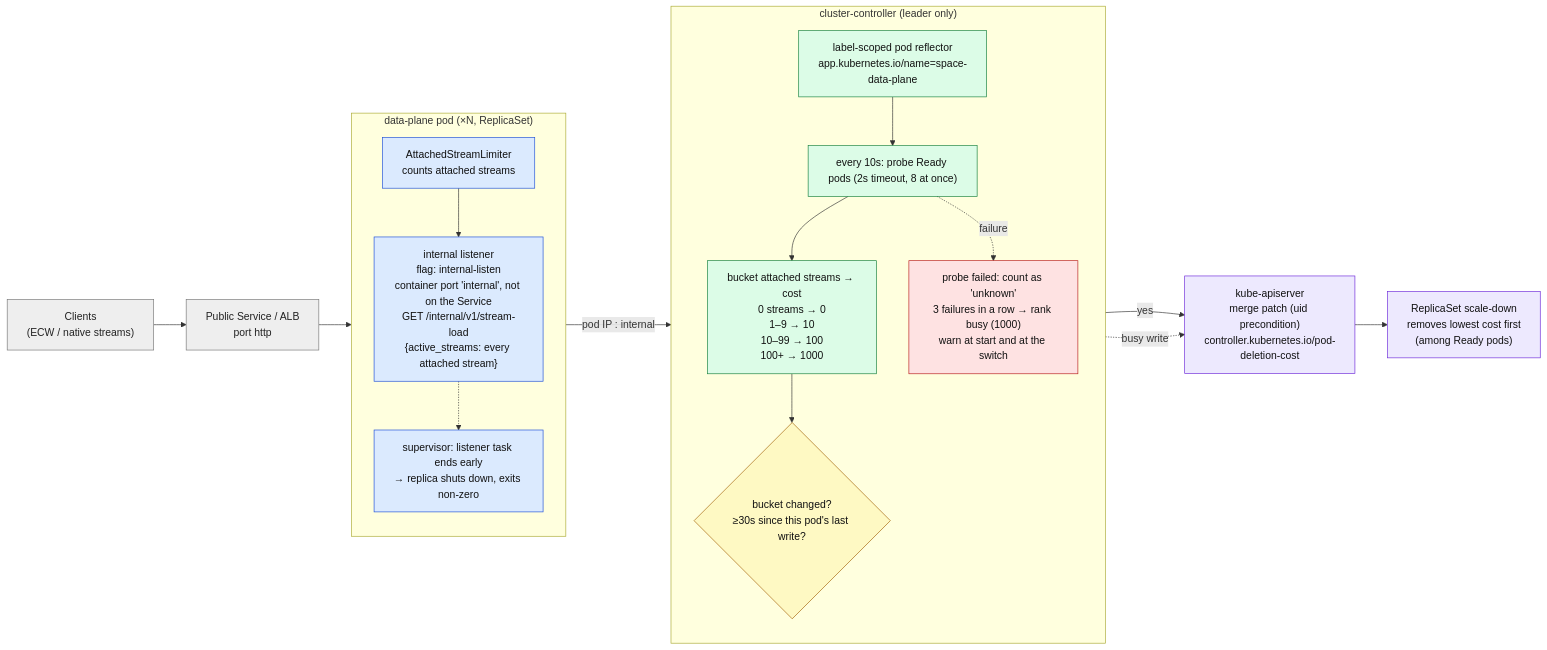
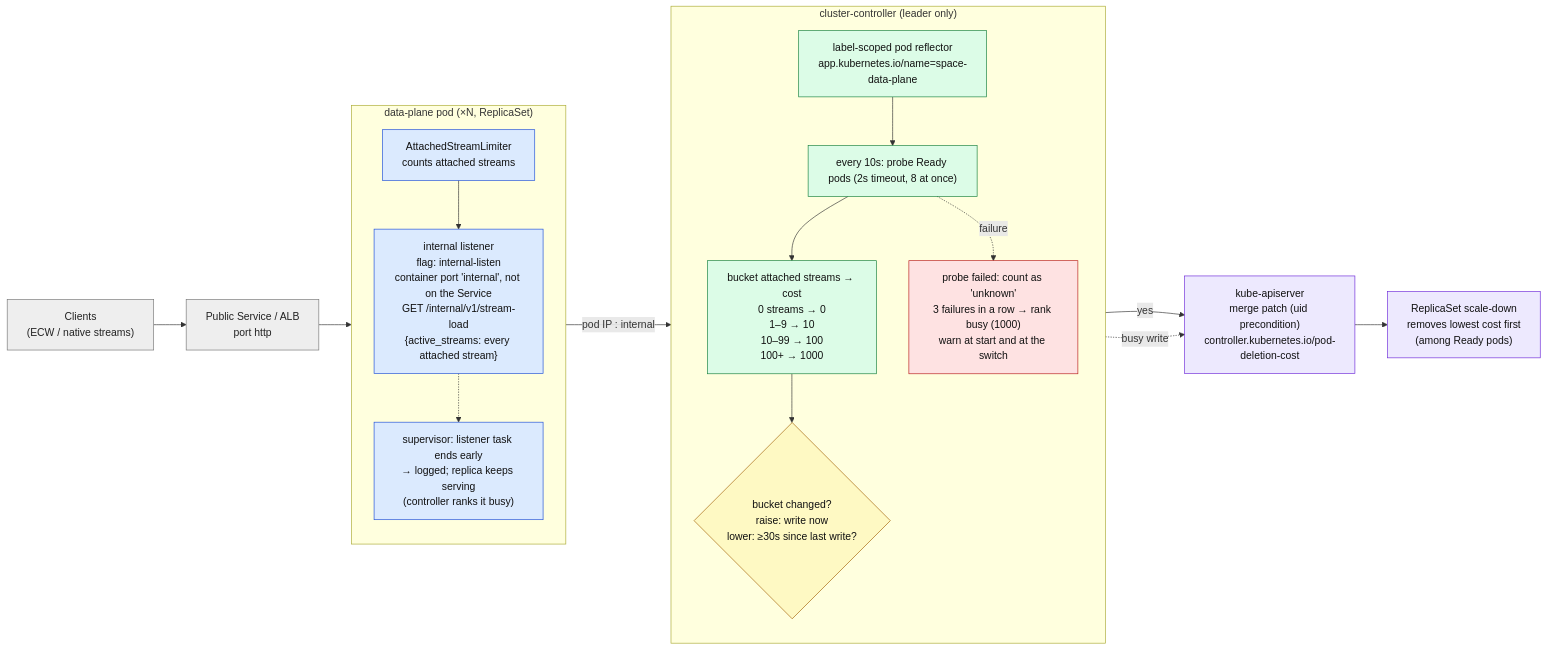
One commit to c1x1x00xxPentium/SPACE changed the diagram in docs/space/diagrams/data-plane-deletion-cost.mmd. Above: the diagram before and after it, drawn with Mermaid. The commit also changed 9 other files, not shown here.

Commit message:
[space] raise data-plane deletion cost without waiting and keep serving when the internal listener dies

```diff
--- a/docs/space/diagrams/data-plane-deletion-cost.mmd
+++ b/docs/space/diagrams/data-plane-deletion-cost.mmd
@@ -1,39 +1,39 @@
 flowchart LR
     client["Clients<br/>(ECW / native streams)"]:::ext
     alb["Public Service / ALB<br/>port http"]:::ext
 
     subgraph dp["data-plane pod (×N, ReplicaSet)"]
         direction TB
         permits["AttachedStreamLimiter<br/>counts attached streams"]:::dp
         report["internal listener<br/>flag: internal-listen<br/>container port 'internal', not on the Service<br/>GET /internal/v1/stream-load<br/>{active_streams: every attached stream}"]:::dp
-        sup["supervisor: listener task ends early<br/>→ replica shuts down, exits non-zero"]:::dp
+        sup["supervisor: listener task ends early<br/>→ logged; replica keeps serving<br/>(controller ranks it busy)"]:::dp
         permits --> report
         report -.-> sup
     end
 
     subgraph cc["cluster-controller (leader only)"]
         direction TB
         refl["label-scoped pod reflector<br/>app.kubernetes.io/name=space-data-plane"]:::cc
         tick["every 10s: probe Ready pods (2s timeout, 8 at once)"]:::cc
         bucket["bucket attached streams → cost<br/>0 streams → 0<br/>1–9 → 10<br/>10–99 → 100<br/>100+ → 1000"]:::cc
-        decide{"bucket changed?<br/>≥30s since this pod's last write?"}:::gate
+        decide{"bucket changed?<br/>raise: write now<br/>lower: ≥30s since last write?"}:::gate
         stale["probe failed: count as 'unknown'<br/>3 failures in a row → rank busy (1000)<br/>warn at start and at the switch"]:::warn
         refl --> tick --> bucket --> decide
         tick -. failure .-> stale
     end
 
     api["kube-apiserver<br/>merge patch (uid precondition)<br/>controller.kubernetes.io/pod-deletion-cost"]:::k8s
     rs["ReplicaSet scale-down<br/>removes lowest cost first<br/>(among Ready pods)"]:::k8s
 
     client --> alb --> permits
     report -- "pod IP : internal" --> tick
     decide -- yes --> api
     stale -. "busy write" .-> api
     api --> rs
 
     classDef ext fill:#eeeeee,stroke:#777,color:#222
     classDef dp fill:#dbeafe,stroke:#1d4ed8,color:#111
     classDef cc fill:#dcfce7,stroke:#15803d,color:#111
     classDef gate fill:#fef9c3,stroke:#a16207,color:#111
     classDef warn fill:#fee2e2,stroke:#b91c1c,color:#111
     classDef k8s fill:#ede9fe,stroke:#6d28d9,color:#111
```
